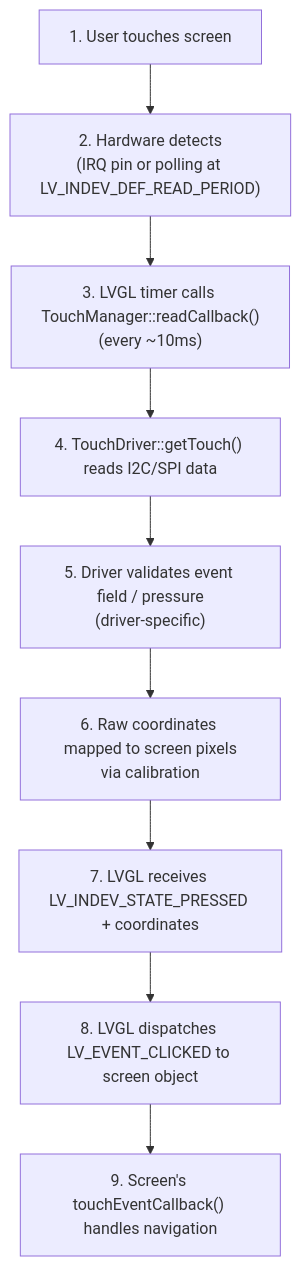
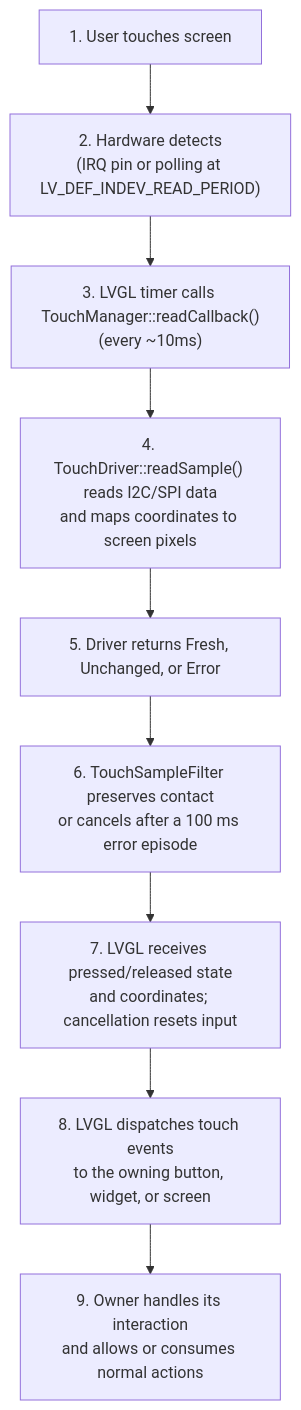
The fourth of 6 diagrams in docs/dev/display-touch-architecture.md (jantielens/esp32-macropad), drawn with Mermaid before and after one commit. The commit also changed other lines of this file and 52 other files, not shown here.

````diff
--- a/docs/dev/display-touch-architecture.md
+++ b/docs/dev/display-touch-architecture.md
@@ -674,13 +700,13 @@
 ```mermaid
 flowchart TD
     A["1. User touches screen"]
-    B["2. Hardware detects<br/>(IRQ pin or polling at LV_INDEV_DEF_READ_PERIOD)"]
+    B["2. Hardware detects<br/>(IRQ pin or polling at LV_DEF_INDEV_READ_PERIOD)"]
     C["3. LVGL timer calls TouchManager::readCallback()<br/>(every ~10ms)"]
-    D["4. TouchDriver::getTouch() reads I2C/SPI data"]
-    E["5. Driver validates event field / pressure<br/>(driver-specific)"]
-    F["6. Raw coordinates mapped to screen pixels<br/>via calibration"]
-    G["7. LVGL receives LV_INDEV_STATE_PRESSED + coordinates"]
-    H["8. LVGL dispatches LV_EVENT_CLICKED to screen object"]
-    I["9. Screen's touchEventCallback() handles navigation"]
+    D["4. TouchDriver::readSample() reads I2C/SPI data<br/>and maps coordinates to screen pixels"]
+    E["5. Driver returns Fresh, Unchanged, or Error"]
+    F["6. TouchSampleFilter preserves contact<br/>or cancels after a 100 ms error episode"]
+    G["7. LVGL receives pressed/released state<br/>and coordinates; cancellation resets input"]
+    H["8. LVGL dispatches touch events<br/>to the owning button, widget, or screen"]
+    I["9. Owner handles its interaction<br/>and allows or consumes normal actions"]
     A --> B --> C --> D --> E --> F --> G --> H --> I
 ```
````
